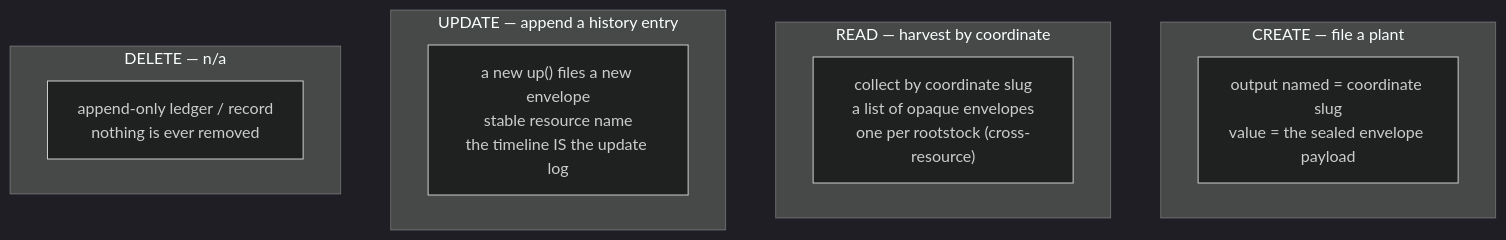
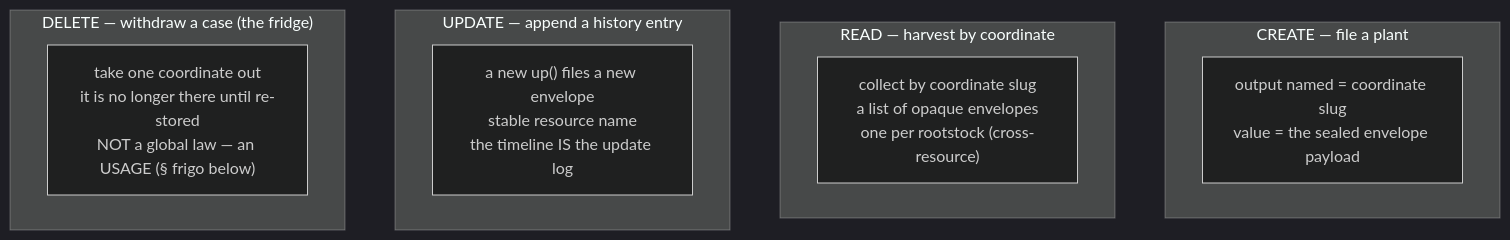
Before and after one commit to nxmatic/rke2lab: the tenth of 13 diagrams in docs/architecture/osgi/seed-broker-spec.adoc, drawn with Mermaid (dark theme). The commit also changed other lines of this file and 8 other files, not shown here.

```diff
--- a/docs/architecture/osgi/seed-broker-spec.adoc
+++ b/docs/architecture/osgi/seed-broker-spec.adoc
@@ -916,16 +1021,16 @@
 [mermaid]
 ....
 flowchart TB
   subgraph create["CREATE — file a plant"]
     c["output named = coordinate slug<br/>value = the sealed envelope payload"]
   end
   subgraph read["READ — harvest by coordinate"]
     r["collect by coordinate slug<br/>a list of opaque envelopes<br/>one per rootstock (cross-resource)"]
   end
   subgraph update["UPDATE — append a history entry"]
     u["a new up() files a new envelope<br/>stable resource name<br/>the timeline IS the update log"]
   end
-  subgraph delete["DELETE — n/a"]
-    d["append-only ledger / record<br/>nothing is ever removed"]
+  subgraph delete["DELETE — withdraw a case (the fridge)"]
+    d["take one coordinate out<br/>it is no longer there until re-stored<br/>NOT a global law — an USAGE (§ frigo below)"]
   end
 ....
```
